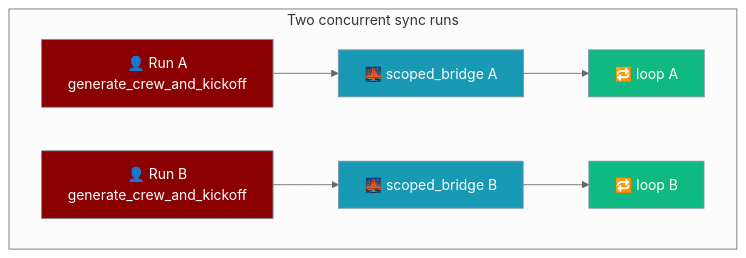
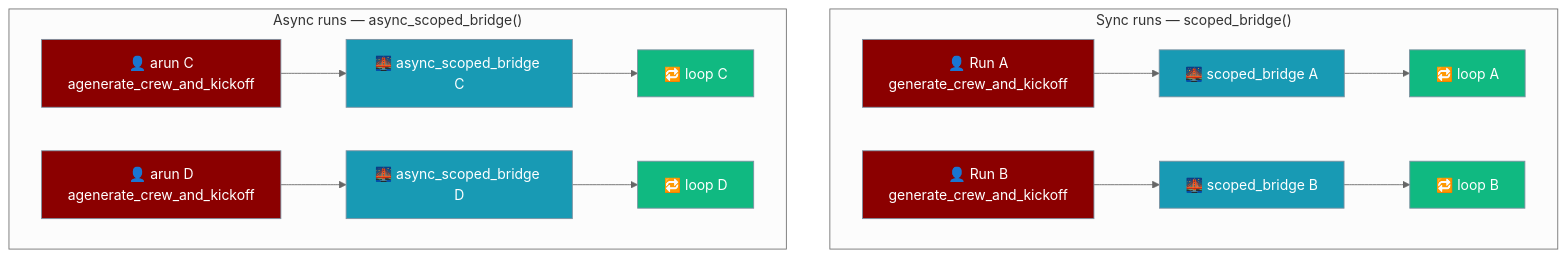
The tenth of 10 diagrams in docs/features/async-bridge.mdx (MervinPraison/PraisonAIDocs), drawn with Mermaid (neutral theme) before and after one commit. The commit also changed other lines of this file and 1 other file, not shown here.

Commit message:
docs: document async_scoped_bridge() and symmetric async isolation (fixes #4221)

````diff
--- a/docs/features/async-bridge.mdx
+++ b/docs/features/async-bridge.mdx
@@ -899,17 +995,24 @@
 ```mermaid
 graph TB
-    subgraph "Two concurrent sync runs"
+    subgraph "Sync runs — scoped_bridge()"
         RunA[👤 Run A<br/>generate_crew_and_kickoff] --> SBA[🌉 scoped_bridge A]
         RunB[👤 Run B<br/>generate_crew_and_kickoff] --> SBB[🌉 scoped_bridge B]
         SBA --> LA[🔁 loop A]
         SBB --> LB[🔁 loop B]
     end
 
+    subgraph "Async runs — async_scoped_bridge()"
+        ARunC[👤 arun C<br/>agenerate_crew_and_kickoff] --> ASBC[🌉 async_scoped_bridge C]
+        ARunD[👤 arun D<br/>agenerate_crew_and_kickoff] --> ASBD[🌉 async_scoped_bridge D]
+        ASBC --> LC[🔁 loop C]
+        ASBD --> LD[🔁 loop D]
+    end
+
     classDef run fill:#8B0000,stroke:#7C90A0,color:#fff
     classDef bridge fill:#189AB4,stroke:#7C90A0,color:#fff
     classDef loop fill:#10B981,stroke:#7C90A0,color:#fff
 
-    class RunA,RunB run
-    class SBA,SBB bridge
-    class LA,LB loop
+    class RunA,RunB,ARunC,ARunD run
+    class SBA,SBB,ASBC,ASBD bridge
+    class LA,LB,LC,LD loop
 ```
````
